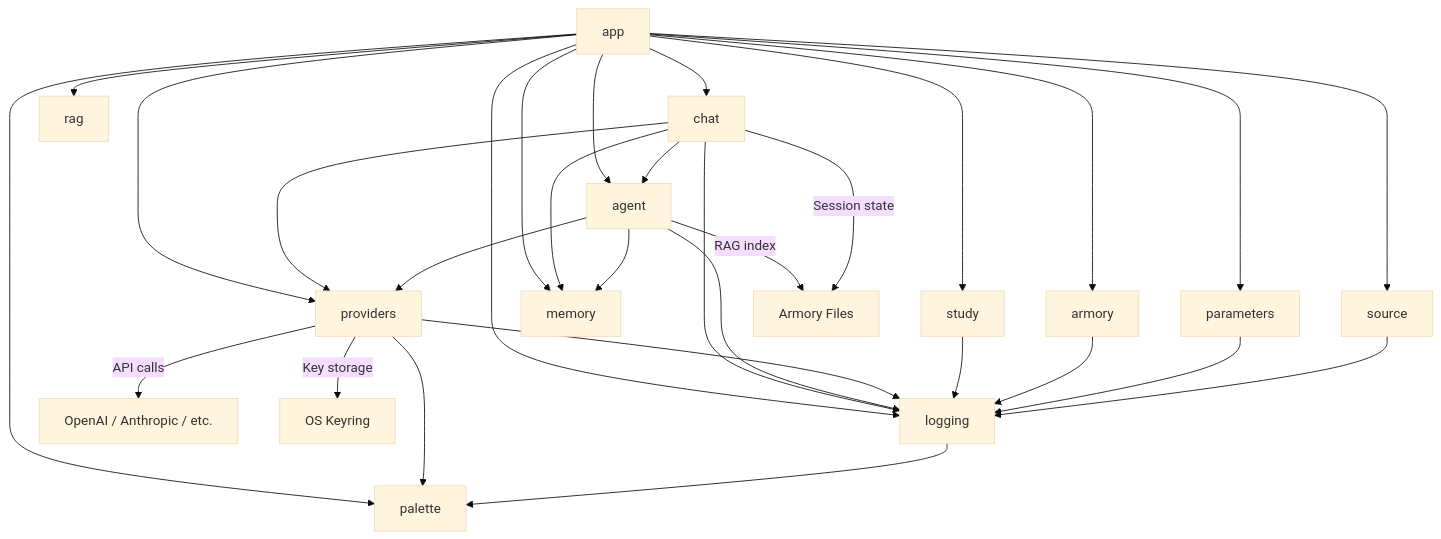
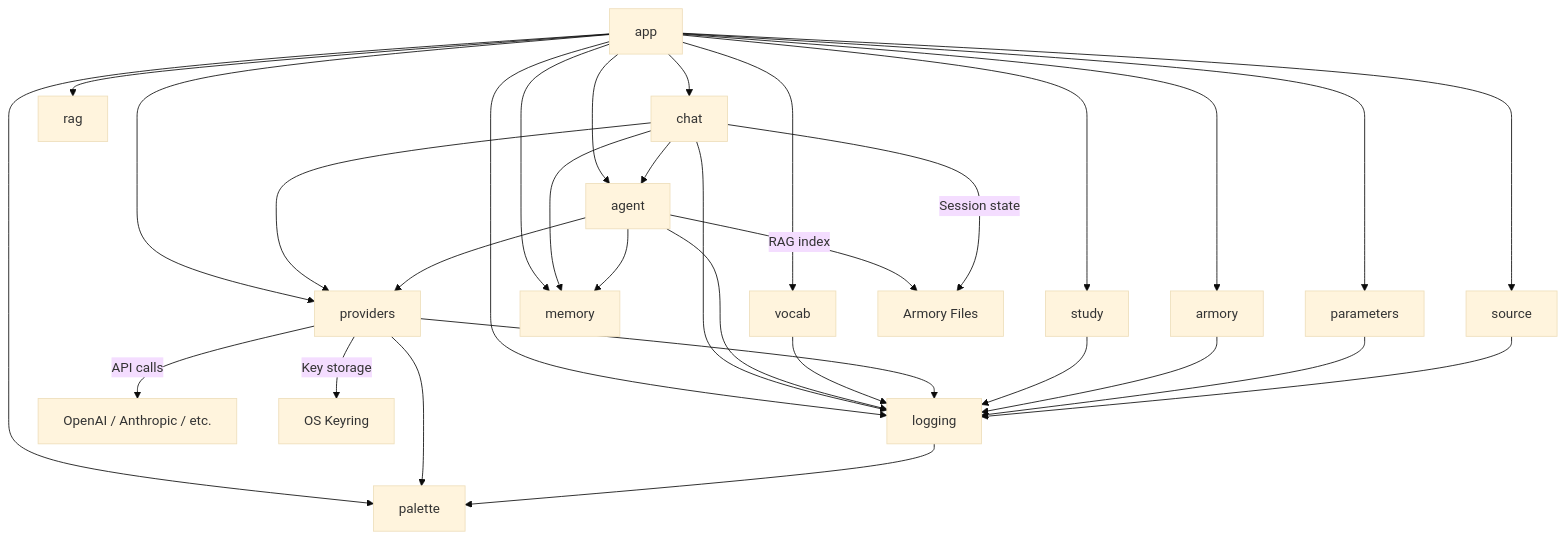
One commit to gildrb/heph changed the first of 2 diagrams in docs/architecture.md. Above: the diagram before and after it, drawn with Mermaid (base theme). The commit also changed other lines of this file and 8 other files, not shown here.

Commit message:
Update docs for new architecture (agent/rag packages, commands split)

````diff
--- a/docs/architecture.md
+++ b/docs/architecture.md
@@ -7,42 +7,45 @@
 ```mermaid
 graph TD
     App[app] --> Chat[chat]
     App --> Agent[agent]
     App --> Providers[providers]
     App --> Armory[armory]
     App --> Study[study]
     App --> Memory[memory]
     App --> Parameters[parameters]
     App --> Source[source]
     App --> Logging[logging]
     App --> Palette[palette]
     App --> RAG[rag]
+    App --> Vocab[vocab]
 
     Chat --> Agent
     Chat --> Providers
     Chat --> Logging
     Chat --> Memory
 
     Agent --> Providers
     Agent --> Logging
     Agent --> Memory
+
+    Vocab --> Logging
 
     Providers --> Logging
     Providers --> Palette
 
     Study --> Logging
 
     Armory --> Logging
 
     Parameters --> Logging
 
     Source --> Logging
 
     Logging --> Palette
 
     Providers -->|API calls| LLM[OpenAI / Anthropic / etc.]
     Providers -->|Key storage| Keyring[OS Keyring]
 
     Agent -->|RAG index| FileStore[Armory Files]
     Chat -->|Session state| FileStore
 ```
````
